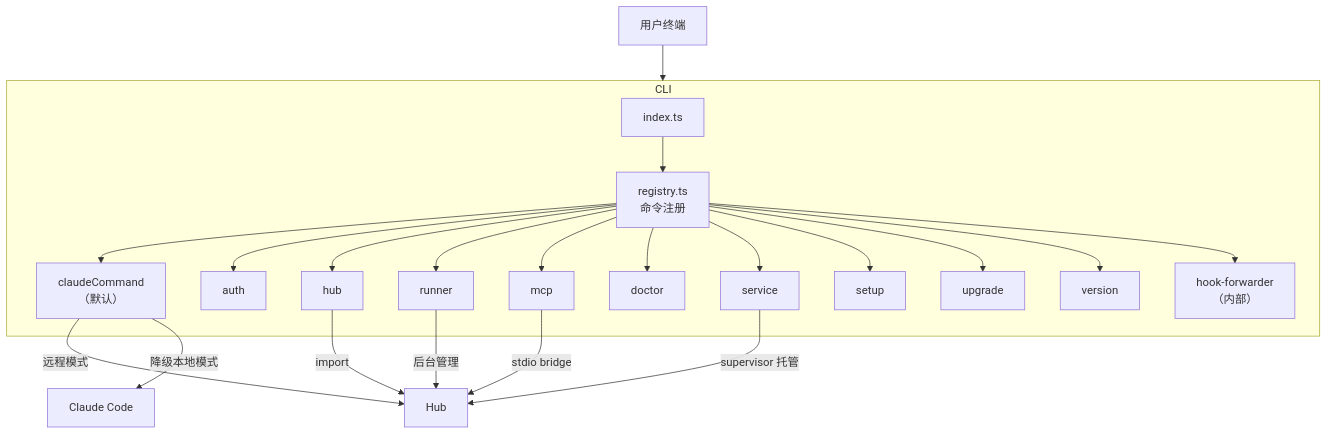
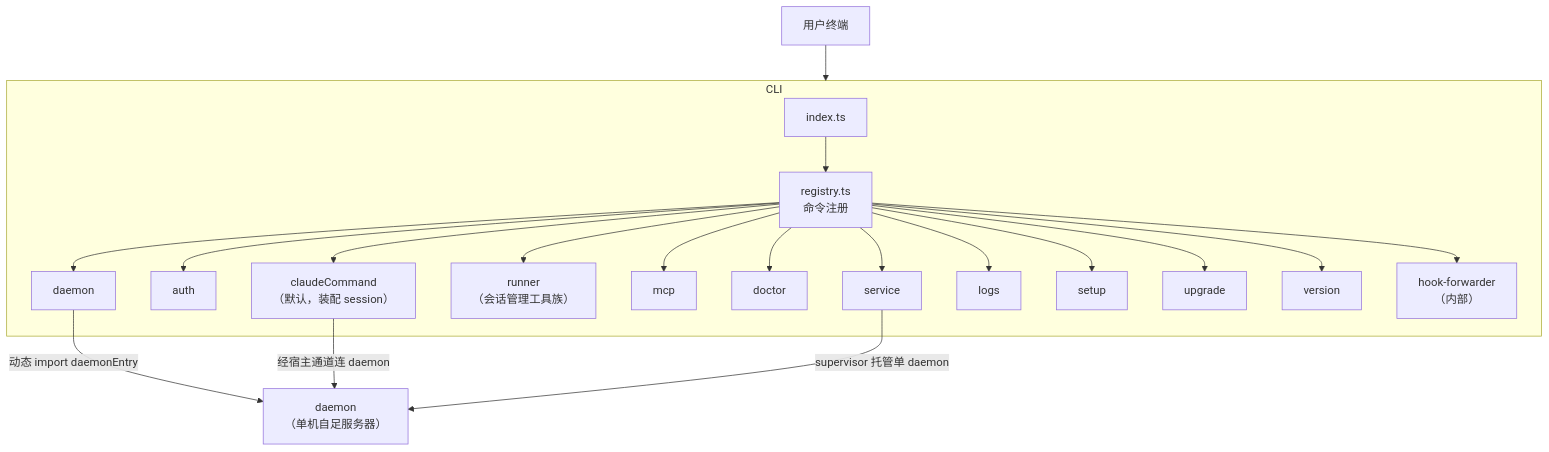
The first of 3 diagrams in docs/architecture/cli/README.md (ModuBit/mobi), drawn with Mermaid before and after one commit. The commit also changed other lines of this file and 59 other files, not shown here.

````diff
--- a/docs/architecture/cli/README.md
+++ b/docs/architecture/cli/README.md
@@ -7,30 +7,28 @@
 ```mermaid
 graph TB
     User["用户终端"] --> CLI["mobi CLI"]
 
     subgraph CLI
         Entry["index.ts"]
         Registry["registry.ts<br/>命令注册"]
-        CmdDefault["claudeCommand<br/>（默认）"]
+        CmdDefault["claudeCommand<br/>（默认，装配 session）"]
         CmdAuth["auth"]
-        CmdHub["hub"]
-        CmdRunner["runner"]
+        CmdDaemon["daemon"]
+        CmdRunner["runner<br/>（会话管理工具族）"]
         CmdMcp["mcp"]
         CmdDoctor["doctor"]
         CmdService["service"]
+        CmdLogs["logs"]
         CmdSetup["setup"]
         CmdUpgrade["upgrade"]
         CmdVersion["version"]
         CmdHook["hook-forwarder<br/>（内部）"]
     end
 
     Entry --> Registry
-    Registry --> CmdDefault & CmdAuth & CmdHub & CmdRunner & CmdMcp & CmdDoctor & CmdService & CmdSetup & CmdUpgrade & CmdVersion & CmdHook
+    Registry --> CmdDefault & CmdAuth & CmdDaemon & CmdRunner & CmdMcp & CmdDoctor & CmdService & CmdLogs & CmdSetup & CmdUpgrade & CmdVersion & CmdHook
 
-    CmdDefault -->|"远程模式"| Hub["Hub"]
-    CmdDefault -->|"降级本地模式"| Claude["Claude Code"]
-    CmdHub -->|"import"| Hub
-    CmdRunner -->|"后台管理"| Hub
-    CmdMcp -->|"stdio bridge"| Hub
-    CmdService -->|"supervisor 托管"| Hub
+    CmdDaemon -->|"动态 import daemonEntry"| Daemon["daemon<br/>（单机自足服务器）"]
+    CmdDefault -->|"经宿主通道连 daemon"| Daemon
+    CmdService -->|"supervisor 托管单 daemon"| Daemon
 ```
````
